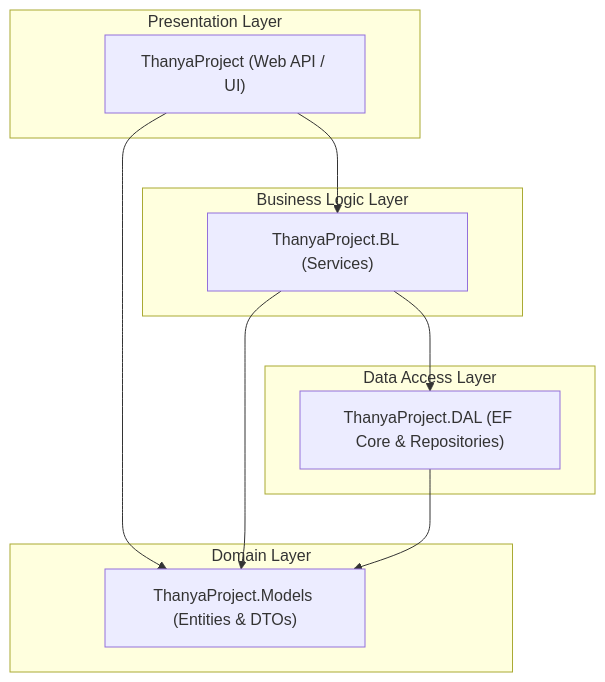
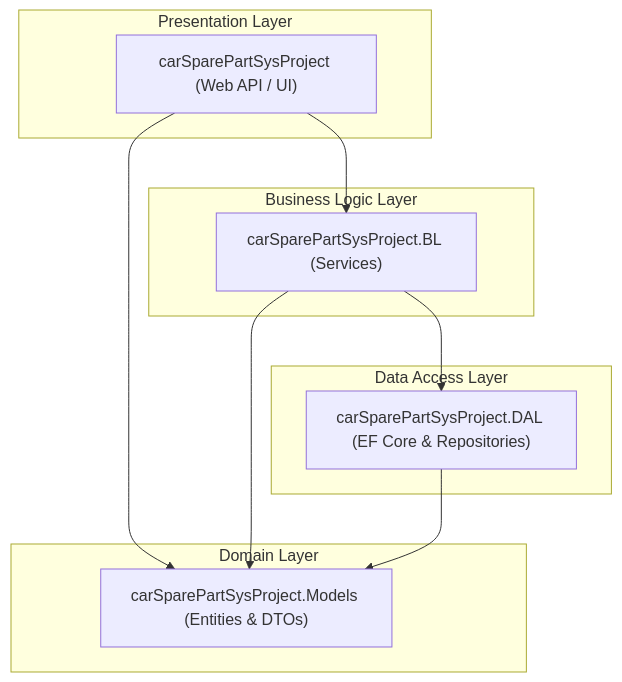
One commit to nhahub/NHA-4-171 changed the first of 6 diagrams in docs/diagrams.md. Above: the diagram before and after it, drawn with Mermaid. The commit also changed other lines of this file and 300 other files, not shown here.

Commit message:
refactor: rename Thanya to carSparePartSys across the repository

````diff
--- a/docs/diagrams.md
+++ b/docs/diagrams.md
@@ -11,24 +11,24 @@
 ```mermaid
 graph TD
     subgraph Presentation ["Presentation Layer"]
-        API["ThanyaProject (Web API / UI)"]
+        API["carSparePartSysProject (Web API / UI)"]
     end
 
     subgraph Logic ["Business Logic Layer"]
-        BL["ThanyaProject.BL (Services)"]
+        BL["carSparePartSysProject.BL (Services)"]
     end
 
     subgraph DataAccess ["Data Access Layer"]
-        DAL["ThanyaProject.DAL (EF Core & Repositories)"]
+        DAL["carSparePartSysProject.DAL (EF Core & Repositories)"]
     end
 
     subgraph Domain ["Domain Layer"]
-        Models["ThanyaProject.Models (Entities & DTOs)"]
+        Models["carSparePartSysProject.Models (Entities & DTOs)"]
     end
 
     API --> BL
     API --> Models
     BL --> DAL
     BL --> Models
     DAL --> Models
 ```
````
